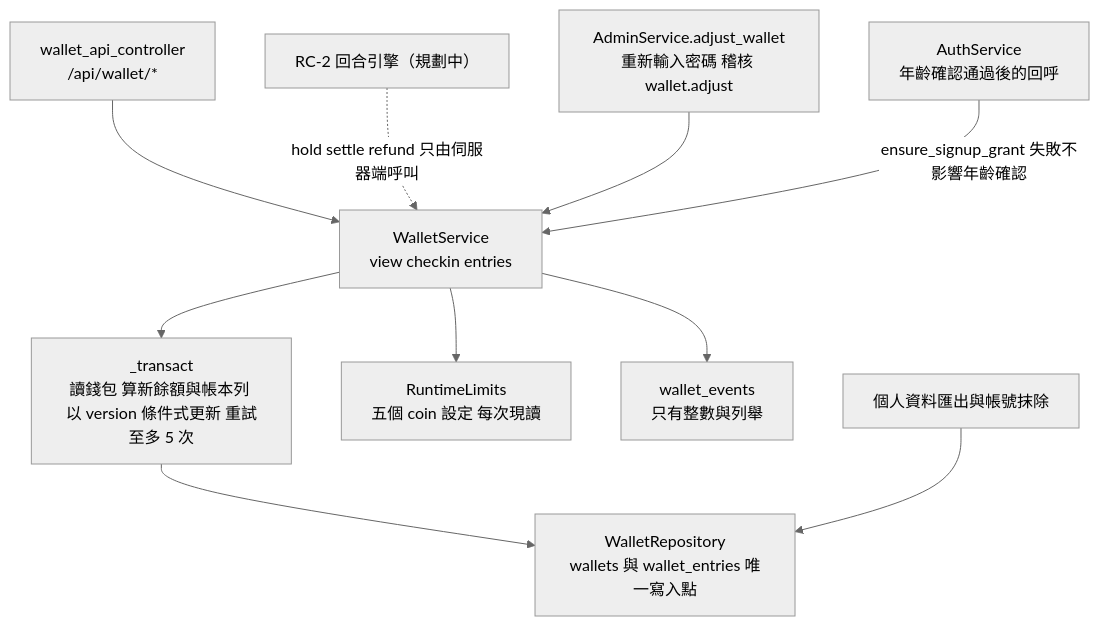
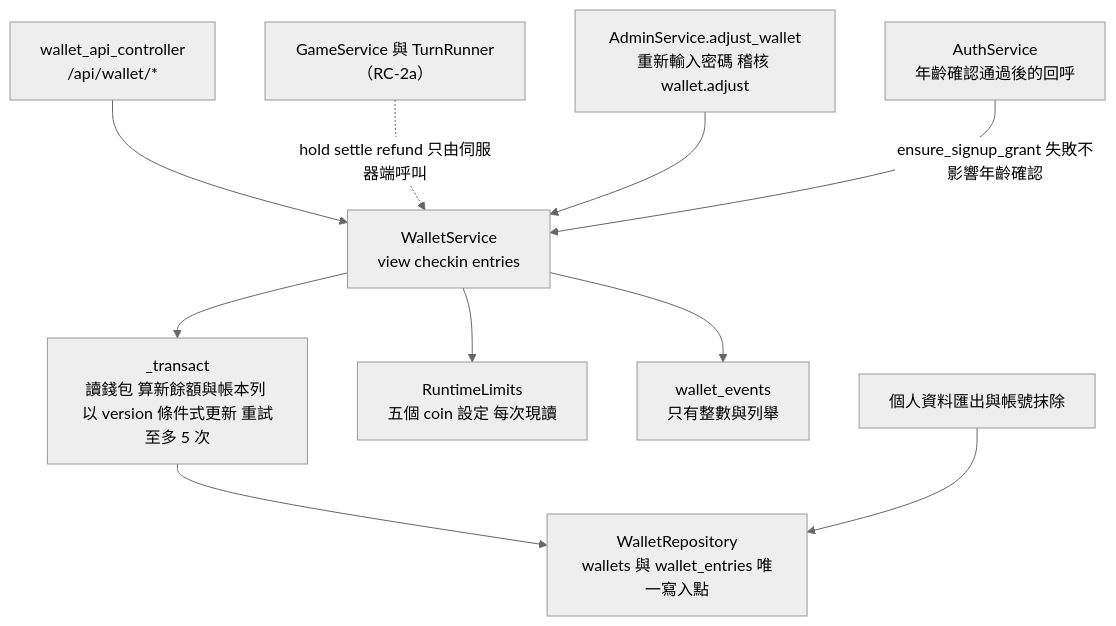
Before and after one commit to pp466pp466/R.A.C: the fifth of 8 diagrams in docs/系統架構-architecture.md, drawn with Mermaid (neutral theme). The commit also changed other lines of this file and 22 other files, not shown here.

First line of the commit message:
RC-2a 批次 4：回合引擎與第 0 幕（GameService、TurnRunner、OpeningRunner、事件日誌）

````diff
--- a/docs/系統架構-architecture.md
+++ b/docs/系統架構-architecture.md
@@ -209,12 +209,12 @@
 ```mermaid
 flowchart TD
     Ctl["wallet_api_controller<br/>/api/wallet/*"] --> WSvc["WalletService<br/>view checkin entries"]
-    Turn["RC-2 回合引擎（規劃中）"] -.->|"hold settle refund 只由伺服器端呼叫"| WSvc
+    Turn["GameService 與 TurnRunner（RC-2a）"] -.->|"hold settle refund 只由伺服器端呼叫"| WSvc
     Adm["AdminService.adjust_wallet<br/>重新輸入密碼 稽核 wallet.adjust"] --> WSvc
     Auth["AuthService<br/>年齡確認通過後的回呼"] -->|"ensure_signup_grant 失敗不影響年齡確認"| WSvc
     WSvc --> Tx["_transact<br/>讀錢包 算新餘額與帳本列 以 version 條件式更新 重試至多 5 次"]
     Tx --> WRepo["WalletRepository<br/>wallets 與 wallet_entries 唯一寫入點"]
     WSvc --> Lim["RuntimeLimits<br/>五個 coin 設定 每次現讀"]
     WSvc --> Evt["wallet_events<br/>只有整數與列舉"]
     Exp["個人資料匯出與帳號抹除"] --> WRepo
 ```
````
